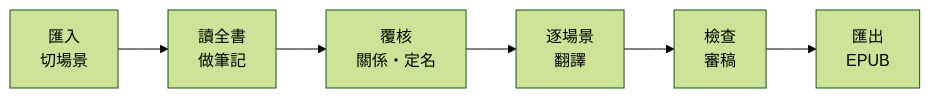
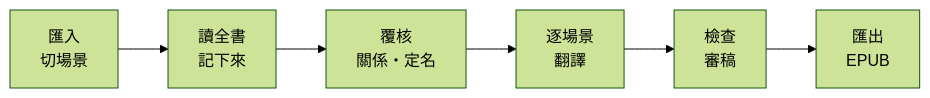
Before and after one commit to JasChiang/ncte: the first of 3 diagrams in README.md, drawn with Mermaid (forest theme). The commit also changed other lines of this file and 1 other file, not shown here.

First line of the commit message:
README: what the model writes down while reading is 記下的內容 (記下來), not 筆記

````diff
--- a/README.md
+++ b/README.md
@@ -34,5 +34,5 @@
 ```mermaid
 flowchart LR
-  A["匯入<br/>切場景"] --> B["讀全書<br/>做筆記"] --> C["覆核<br/>關係・定名"]
+  A["匯入<br/>切場景"] --> B["讀全書<br/>記下來"] --> C["覆核<br/>關係・定名"]
   C --> D["逐場景<br/>翻譯"] --> E["檢查<br/>審稿"] --> F["匯出<br/>EPUB"]
 ```
````
